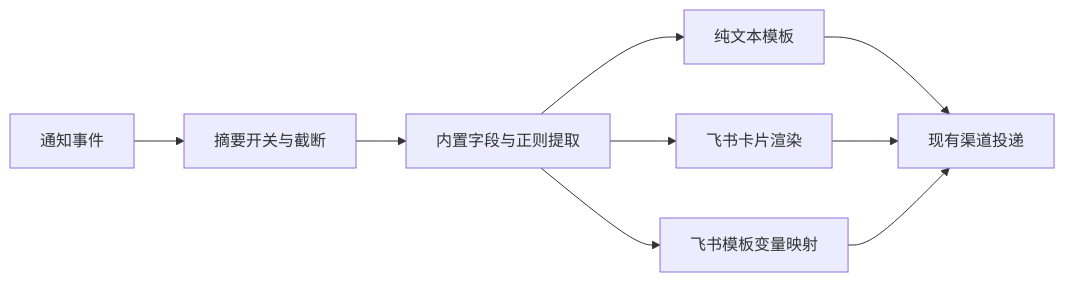
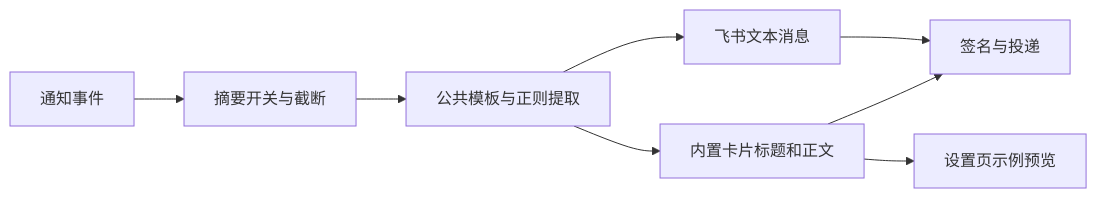
Before and after one commit to Makiras/paseo-notify-ts: the diagram in docs/wiki/Feishu-cards-design.md, drawn with Mermaid. The commit also changed other lines of this file and 29 other files, not shown here.

````diff
--- a/docs/wiki/Feishu-cards-design.md
+++ b/docs/wiki/Feishu-cards-design.md
@@ -42,11 +11,10 @@
 ```mermaid
 flowchart LR
   Notice[通知事件] --> Privacy[摘要开关与截断]
-  Privacy --> Context[内置字段与正则提取]
-  Context --> Text[纯文本模板]
-  Context --> Card[飞书卡片渲染]
-  Context --> Mapping[飞书模板变量映射]
-  Text --> Delivery[现有渠道投递]
+  Privacy --> Template[公共模板与正则提取]
+  Template --> Text[飞书文本消息]
+  Template --> Card[内置卡片标题和正文]
+  Card --> Preview[设置页示例预览]
+  Text --> Delivery[签名与投递]
   Card --> Delivery
-  Mapping --> Delivery
 ```
````
